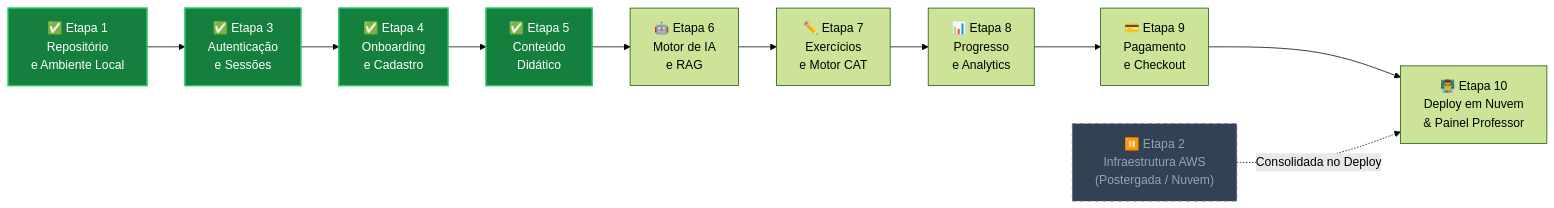
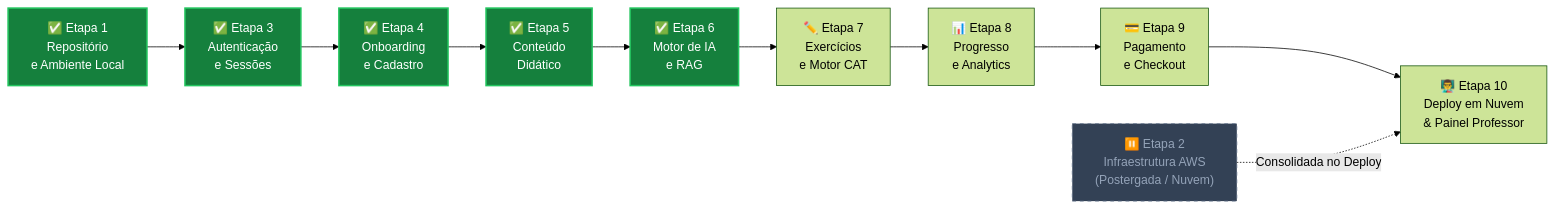
Before and after one commit to SiadeLucas/Tutor-Inteligente: the first of 2 diagrams in docs-site/docs/implementation/index.md, drawn with Mermaid (forest theme). The commit also changed other lines of this file and 17 other files, not shown here.

````diff
--- a/docs-site/docs/implementation/index.md
+++ b/docs-site/docs/implementation/index.md
@@ -54,22 +54,23 @@
 ```mermaid
 graph LR
     E1["✅ Etapa 1\nRepositório\ne Ambiente Local"]
     E2["⏸️ Etapa 2\nInfraestrutura AWS\n(Postergada / Nuvem)"]
     E3["✅ Etapa 3\nAutenticação\ne Sessões"]
     E4["✅ Etapa 4\nOnboarding\ne Cadastro"]
     E5["✅ Etapa 5\nConteúdo\nDidático"]
-    E6["🤖 Etapa 6\nMotor de IA\ne RAG"]
+    E6["✅ Etapa 6\nMotor de IA\ne RAG"]
     E7["✏️ Etapa 7\nExercícios\ne Motor CAT"]
     E8["📊 Etapa 8\nProgresso\ne Analytics"]
     E9["💳 Etapa 9\nPagamento\ne Checkout"]
     E10["👨‍🏫 Etapa 10\nDeploy em Nuvem\n& Painel Professor"]
 
     E1 --> E3 --> E4 --> E5 --> E6 --> E7 --> E8 --> E9 --> E10
     E2 -.->|Consolidada no Deploy| E10
 
     style E1 fill:#15803d,stroke:#22c55e,stroke-width:2px,color:#fff
     style E2 fill:#334155,stroke:#64748b,stroke-dasharray: 5 5,color:#94a3b8
     style E3 fill:#15803d,stroke:#22c55e,stroke-width:2px,color:#fff
     style E4 fill:#15803d,stroke:#22c55e,stroke-width:2px,color:#fff
     style E5 fill:#15803d,stroke:#22c55e,stroke-width:2px,color:#fff
+    style E6 fill:#15803d,stroke:#22c55e,stroke-width:2px,color:#fff
 ```
````
